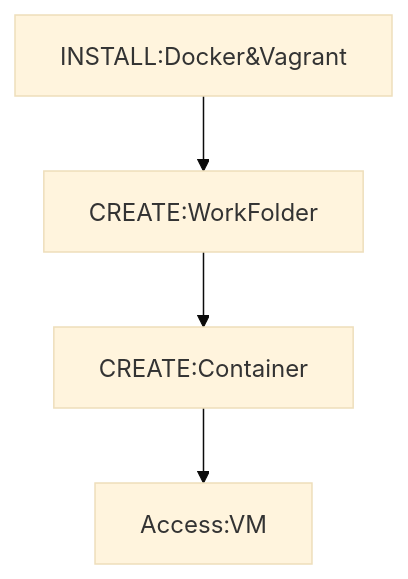
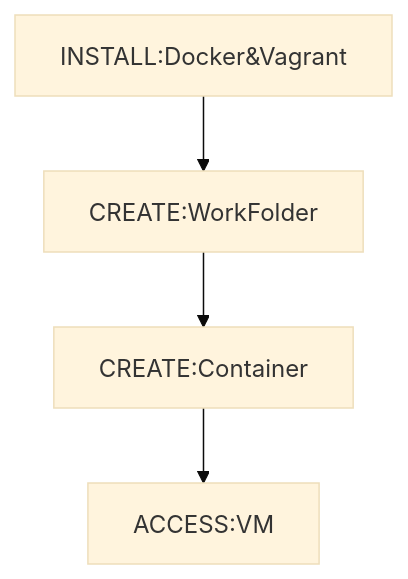
The diagram in docs/basic-installation.md (philemonnwanne/docker-on-steroids), drawn with Mermaid (base theme) before and after one commit.

````diff
--- a/docs/basic-installation.md
+++ b/docs/basic-installation.md
@@ -15,6 +15,6 @@
 ```mermaid
 graph TD;
     INSTALL:Docker&Vagrant-->CREATE:WorkFolder;
     CREATE:WorkFolder-->CREATE:Container;
-    CREATE:Container-->Access:VM;
+    CREATE:Container-->ACCESS:VM;
 ```
````
